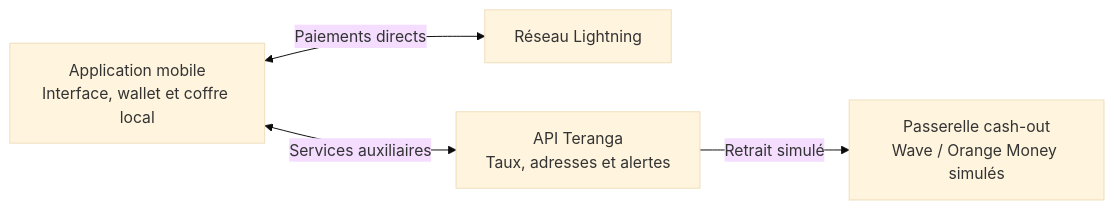
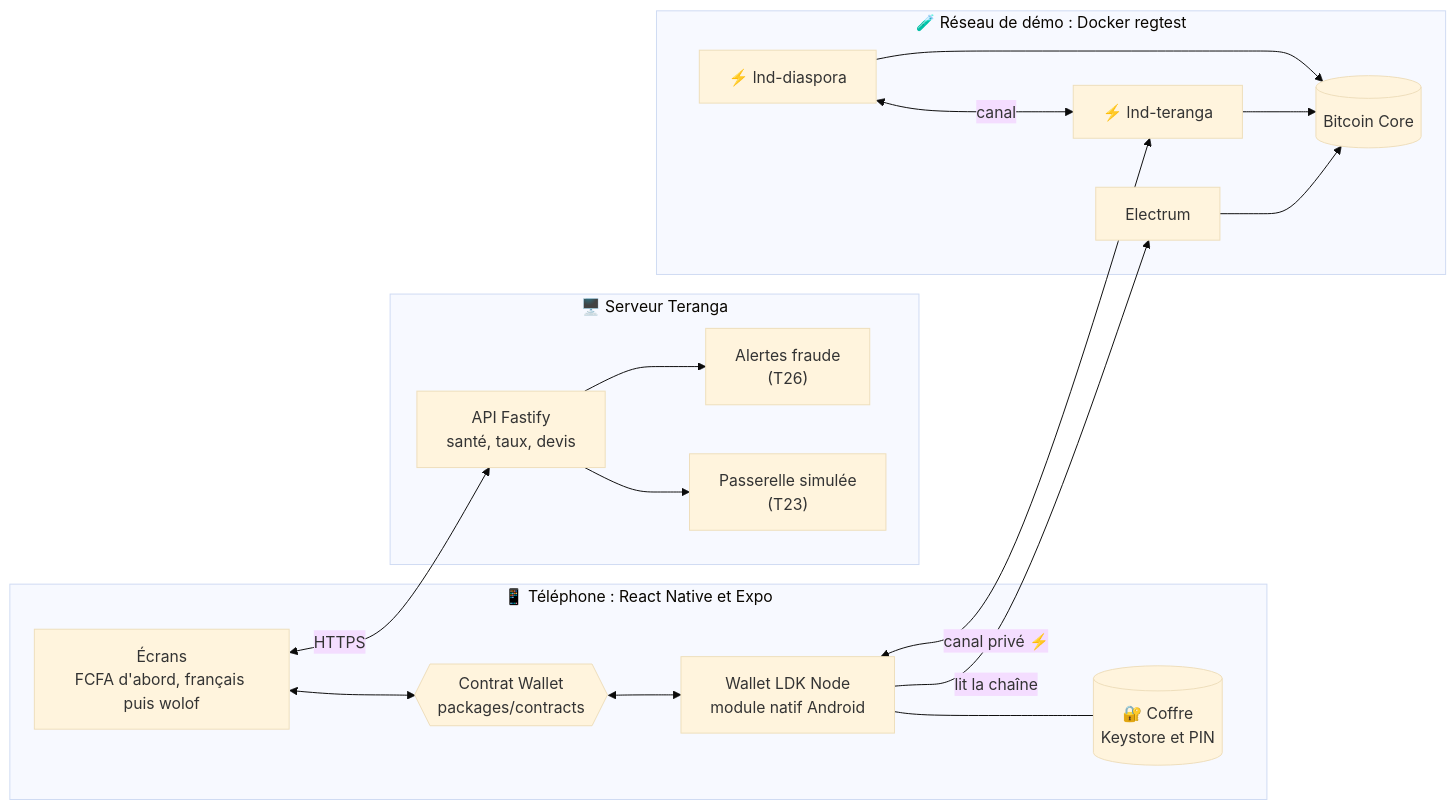
The third of 5 diagrams in README.md (PapaAmad/teranga-pay), drawn with Mermaid (base theme) before and after one commit. The commit also changed other lines of this file and 6 other files, not shown here.

````diff
--- a/README.md
+++ b/README.md
@@ -41,11 +83,34 @@
 ```mermaid
 flowchart LR
-    Mobile["Application mobile<br/>Interface, wallet et coffre local"]
-    Lightning["Réseau Lightning"]
-    API["API Teranga<br/>Taux, adresses et alertes"]
-    Bridge["Passerelle cash-out<br/>Wave / Orange Money simulés"]
+    subgraph Phone["📱 Téléphone : React Native et Expo"]
+        UI["Écrans<br/>FCFA d'abord, français puis wolof"]
+        Contract{{"Contrat Wallet<br/>packages/contracts"}}
+        Wallet["Wallet LDK Node<br/>module natif Android"]
+        Vault[("🔐 Coffre<br/>Keystore et PIN")]
+        UI <--> Contract <--> Wallet
+        Wallet --- Vault
+    end
 
-    Mobile <-->|Paiements directs| Lightning
-    Mobile <-->|Services auxiliaires| API
-    API -->|Retrait simulé| Bridge
+    subgraph Server["🖥️ Serveur Teranga"]
+        API["API Fastify<br/>santé, taux, devis"]
+        Alerts["Alertes fraude<br/>(T26)"]
+        Bridge["Passerelle simulée<br/>(T23)"]
+        API --> Alerts
+        API --> Bridge
+    end
+
+    subgraph Regtest["🧪 Réseau de démo : Docker regtest"]
+        BTC[("Bitcoin Core")]
+        EL["Electrum"]
+        LT["⚡ lnd-teranga"]
+        LD["⚡ lnd-diaspora"]
+        EL --> BTC
+        LT --> BTC
+        LD --> BTC
+        LD <-->|canal| LT
+    end
+
+    Wallet <-->|"canal privé ⚡"| LT
+    Wallet -->|lit la chaîne| EL
+    UI <-->|HTTPS| API
 ```
````
